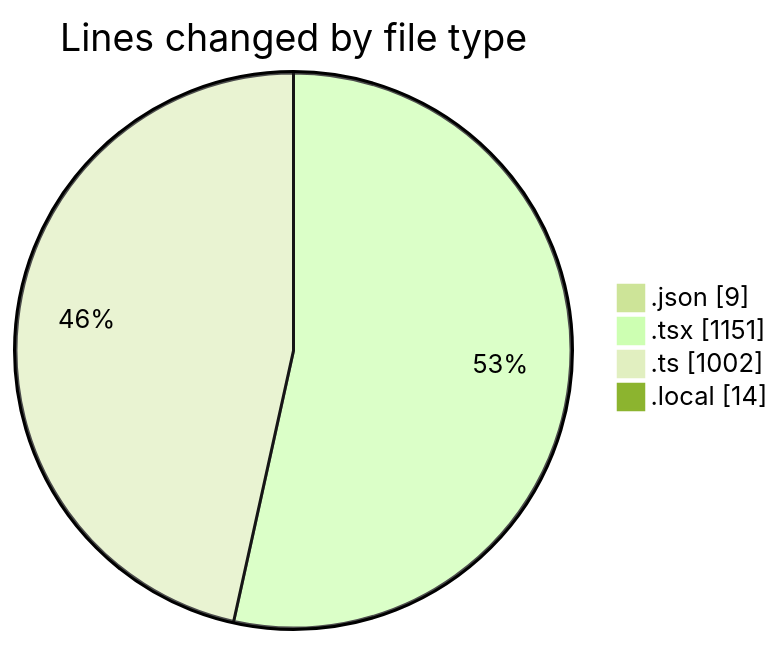
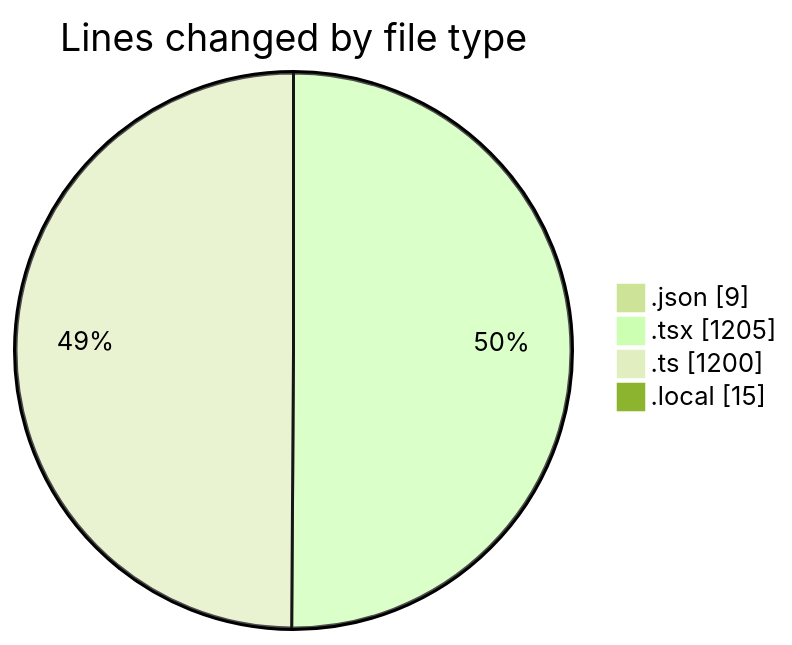
The first of 2 diagrams in 2025-10-27/eventscop-frontend-guide__workspace_/README.md (julien-gomy/code-tracking), drawn with Mermaid (forest theme) before and after one commit. The commit also changed other lines of this file and 1 other file, not shown here.

````diff
--- a/2025-10-27/eventscop-frontend-guide__workspace_/README.md
+++ b/2025-10-27/eventscop-frontend-guide__workspace_/README.md
@@ -28,8 +29,8 @@
 ```mermaid
 pie showData
 title Lines changed by file type
 ".json" : 9
-".tsx" : 1151
-".ts" : 1002
-".local" : 14
+".tsx" : 1205
+".ts" : 1200
+".local" : 15
 ```
````
